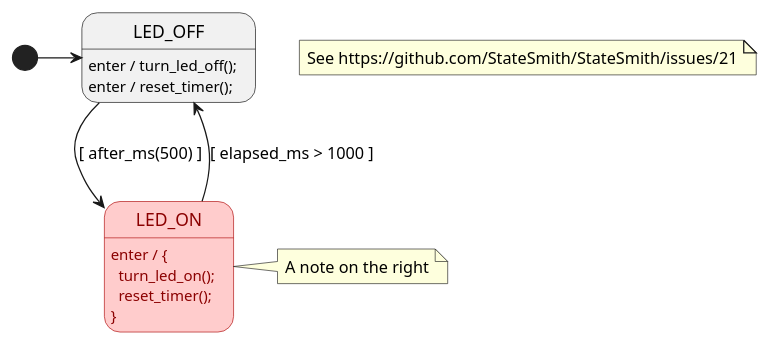
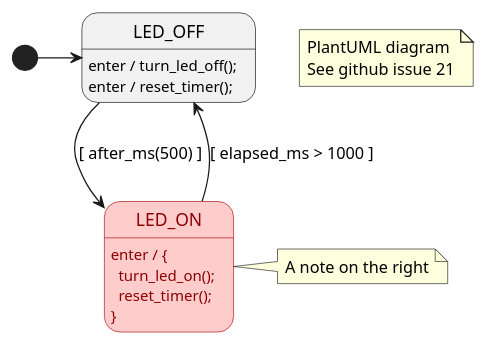
The diagram in examples/Blinky1Printf/src/blinky1_printf_sm.plantuml (StateSmith/StateSmith), drawn with PlantUML before and after one commit. The commit also changed 10 other files, not shown here.

First line of the commit message:
plantuml - documentation, examples, skinparam fix

```diff
--- a/examples/Blinky1Printf/src/blinky1_printf_sm.plantuml
+++ b/examples/Blinky1Printf/src/blinky1_printf_sm.plantuml
@@ -1,26 +1,25 @@
 @startuml blinky1_printf_sm
 skinparam state {
  BorderColor<<on_style>> #AA0000
  BackgroundColor<<on_style>> #ffcccc
  FontColor<<on_style>> darkred
 
  BorderColor Black
 }
 
 [*] -> LED_OFF
 
 LED_OFF : enter / turn_led_off();
 LED_OFF : enter / reset_timer();
 LED_OFF --> LED_ON : [ after_ms(500) ]
 
 state LED_ON<<on_style>>
 LED_ON : enter / {\n  turn_led_on();\n  reset_timer();\n}
 LED_ON --> LED_OFF : [ elapsed_ms > 1000 ]
 
-note "See https://github.com/StateSmith/StateSmith/issues/21" as N1
+note "PlantUML diagram\nSee github issue 21" as N1
 
 note right of LED_ON
 A note on the right
 endnote
-
 @enduml
```
